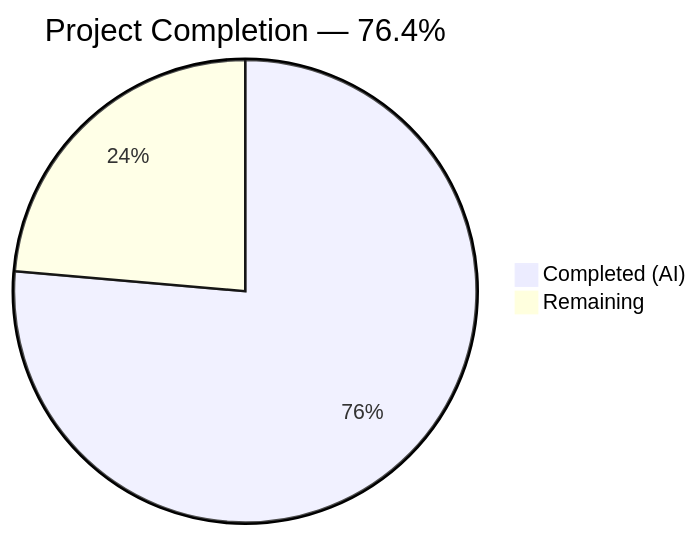
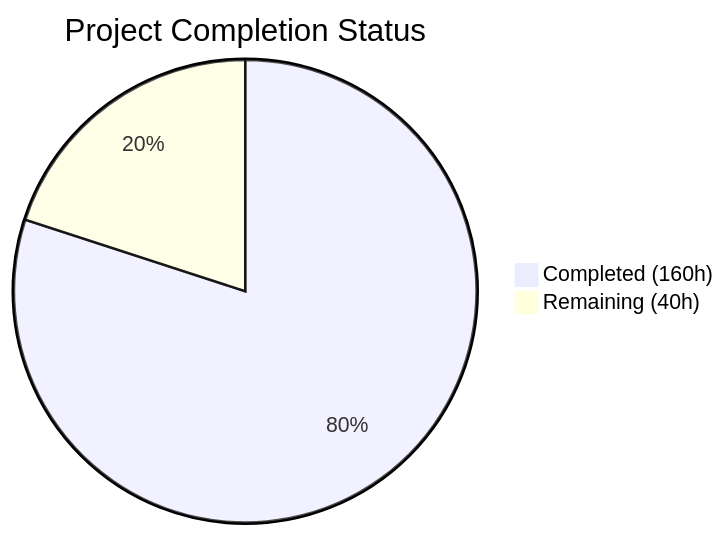
One commit to Blitzy-Sandbox/blitzy-SplendidCRM changed the first of 2 diagrams in blitzy/documentation/Project Guide.md. Above: the diagram before and after it, drawn with Mermaid. The commit also changed other lines of this file, not shown here.

Commit message:
Adding Blitzy Project Guide: Project Status and Human Tasks Remaining

````diff
--- a/blitzy/documentation/Project Guide.md
+++ b/blitzy/documentation/Project Guide.md
@@ -13,5 +13,5 @@
 ```mermaid
-pie title Project Completion — 76.4%
-    "Completed (AI)" : 152
-    "Remaining" : 47
+pie title Project Completion Status
+    "Completed (160h)" : 160
+    "Remaining (40h)" : 40
 ```
````
